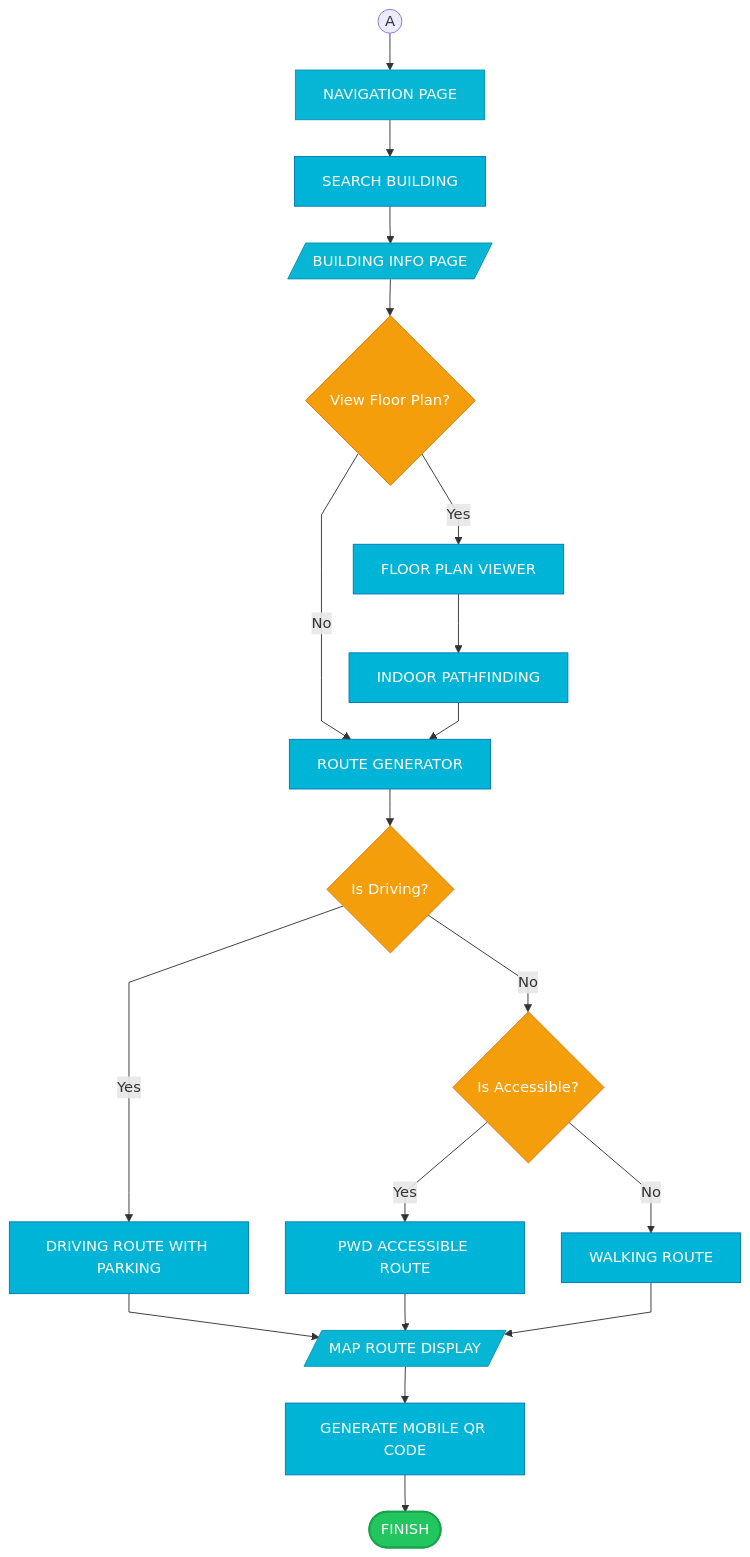
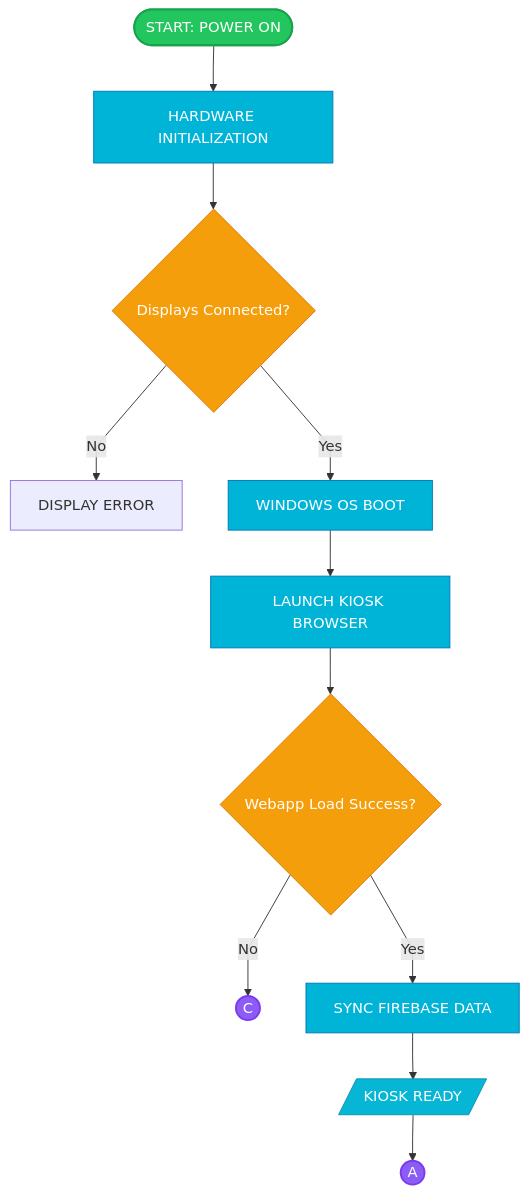
Before and after one commit to Yui1003/iCCAT: the second of 7 diagrams in iCCAT-Academic-Flowcharts-Printable.md, drawn with Mermaid. The commit also changed other lines of this file, not shown here.

First line of the commit message:
Add kiosk startup and operational loop flowcharts to the documentation

````diff
--- a/iCCAT-Academic-Flowcharts-Printable.md
+++ b/iCCAT-Academic-Flowcharts-Printable.md
@@ -49,38 +53,28 @@
 ```mermaid
-%%{init: {'flowchart': {'curve': 'linear', 'nodeSpacing': 40, 'rankSpacing': 40}}}%%
+%%{init: {'flowchart': {'curve': 'linear', 'nodeSpacing': 50, 'rankSpacing': 50}}}%%
 flowchart TB
     classDef startEnd fill:#22c55e,stroke:#16a34a,color:#fff,stroke-width:2px,rx:20,ry:20
     classDef display fill:#06b6d4,stroke:#0891b2,color:#fff
     classDef action fill:#00b4d8,stroke:#0077b6,color:#fff
     classDef decision fill:#f59e0b,stroke:#d97706,color:#fff
+    classDef connector fill:#8b5cf6,stroke:#7c3aed,color:#fff,stroke-width:2px
     
-    A((A)) --> NAV[NAVIGATION PAGE]
-    NAV --> SEARCH[SEARCH BUILDING]
-    SEARCH --> BLDG[/BUILDING INFO PAGE/]
+    START([START: POWER ON]) --> INIT[HARDWARE INITIALIZATION]
+    INIT --> DISP_CHK{Displays Connected?}
+    DISP_CHK -->|No| ERR[DISPLAY ERROR]
+    DISP_CHK -->|Yes| BOOT[WINDOWS OS BOOT]
     
-    BLDG --> VIEW_TYPE{View Floor Plan?}
-    VIEW_TYPE -->|Yes| FLR[FLOOR PLAN VIEWER]
-    VIEW_TYPE -->|No| DIR[ROUTE GENERATOR]
+    BOOT --> BROWSER[LAUNCH KIOSK BROWSER]
+    BROWSER --> APP_INIT{Webapp Load Success?}
+    APP_INIT -->|No| CONN_C((C))
+    APP_INIT -->|Yes| SYNC[SYNC FIREBASE DATA]
     
-    FLR --> INDOOR[INDOOR PATHFINDING]
-    INDOOR --> DIR
-    
-    DIR --> TRAV_TYPE{Is Driving?}
-    TRAV_TYPE -->|Yes| DRV[DRIVING ROUTE WITH PARKING]
-    TRAV_TYPE -->|No| WALK_TYPE{Is Accessible?}
-    
-    WALK_TYPE -->|Yes| PWD[PWD ACCESSIBLE ROUTE]
-    WALK_TYPE -->|No| WALK[WALKING ROUTE]
-    
-    DRV --> ROUTE[/MAP ROUTE DISPLAY/]
-    PWD --> ROUTE
-    WALK --> ROUTE
-    
-    ROUTE --> QR[GENERATE MOBILE QR CODE]
-    QR --> FINISH([FINISH])
+    SYNC --> READY[/KIOSK READY/]
+    READY --> CONN_A((A))
 
-    class FINISH startEnd
-    class NAV,BLDG,ROUTE display
-    class SEARCH,FLR,INDOOR,DIR,DRV,PWD,WALK,QR action
-    class VIEW_TYPE,TRAV_TYPE,WALK_TYPE decision
+    class START startEnd
+    class READY display
+    class INIT,BOOT,BROWSER,SYNC action
+    class DISP_CHK,APP_INIT decision
+    class CONN_A,CONN_C connector
 ```
````
